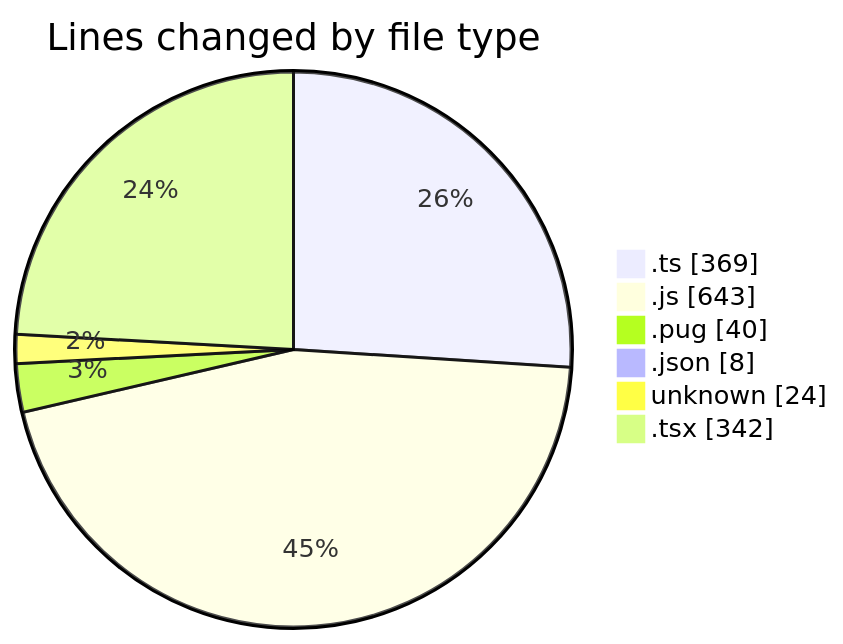
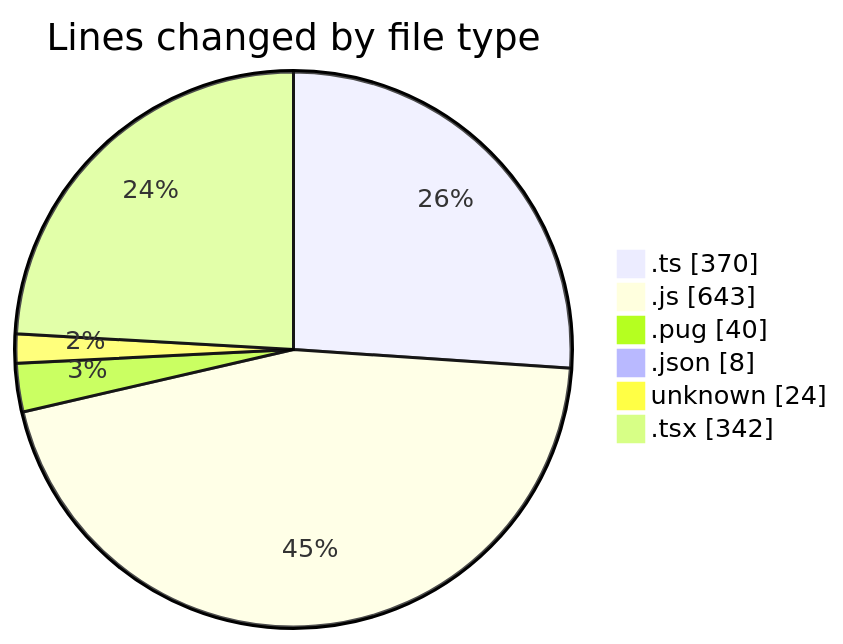
One commit to momahboobian/code-tracking changed the first of 2 diagrams in 2025-02-25/cda/README.md. Above: the diagram before and after it, drawn with Mermaid. The commit also changed other lines of this file and 1 other file, not shown here.

````diff
--- a/2025-02-25/cda/README.md
+++ b/2025-02-25/cda/README.md
@@ -35,10 +35,10 @@
 ```mermaid
 pie showData
 title Lines changed by file type
-".ts" : 369
+".ts" : 370
 ".js" : 643
 ".pug" : 40
 ".json" : 8
 "unknown" : 24
 ".tsx" : 342
 ```
````
